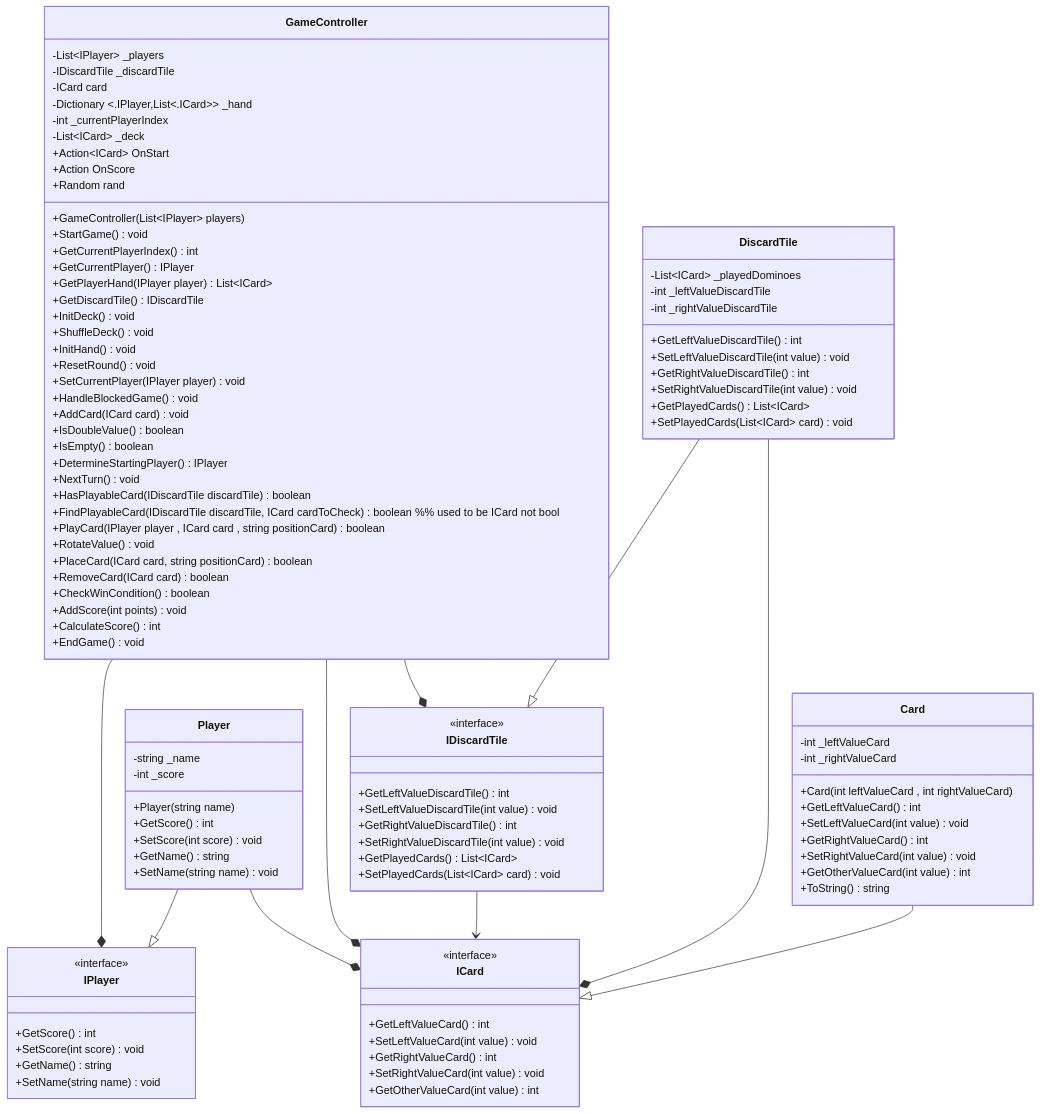
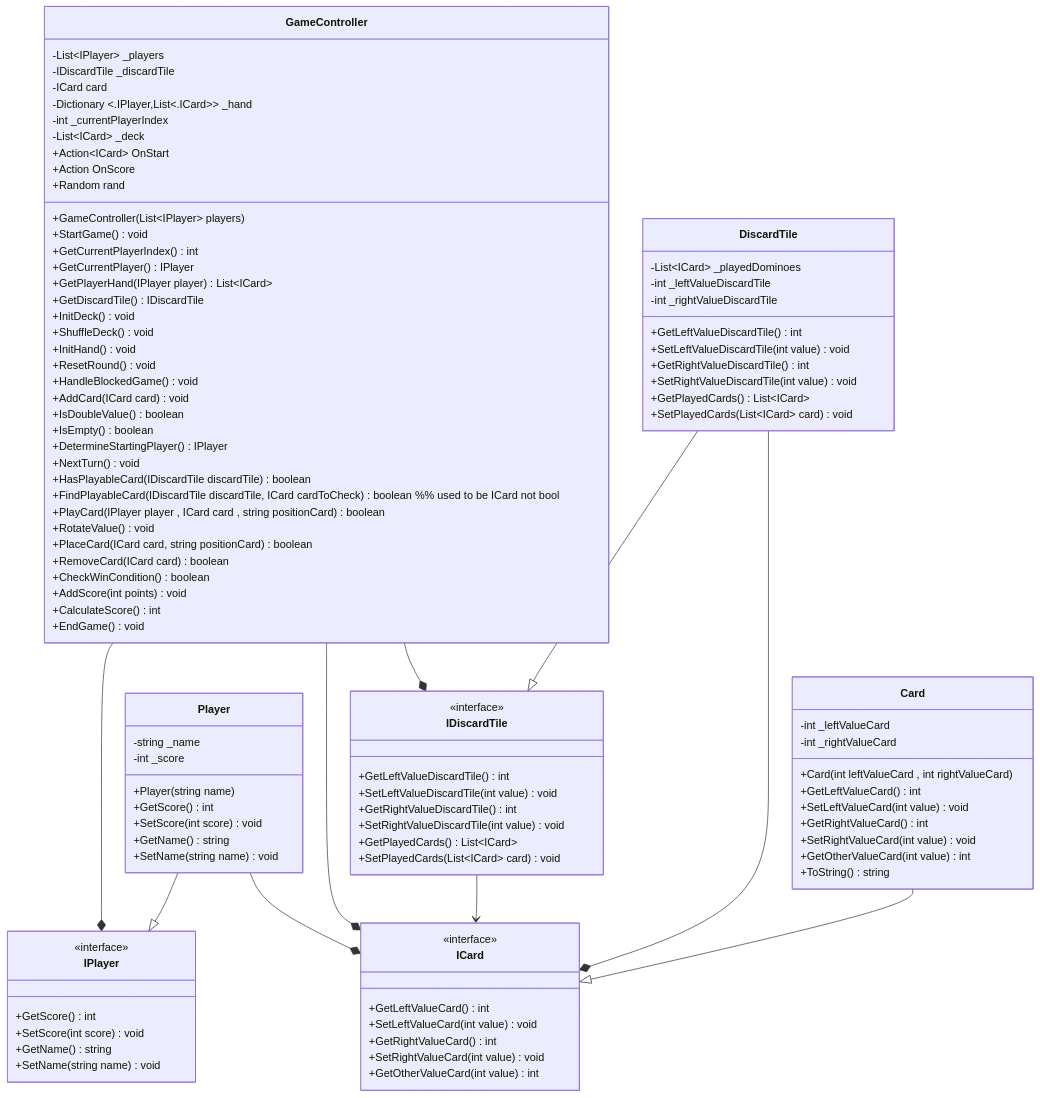
One commit to allanbil214/DominoWPF changed the diagram in DominoWPF/diagram/diagram.mmd. Above: the diagram before and after it, drawn with Mermaid.

Commit message:
removed unused func

```diff
--- a/DominoWPF/diagram/diagram.mmd
+++ b/DominoWPF/diagram/diagram.mmd
@@ -1,107 +1,106 @@
 classDiagram
 class GameController {
     -List~IPlayer~ _players
     -IDiscardTile _discardTile 
     -ICard card
     -Dictionary <.IPlayer,List<.ICard>> _hand
     -int _currentPlayerIndex
     -List~ICard~ _deck
     +Action~ICard~ OnStart
     +Action OnScore
     +Random rand
     +GameController(List~IPlayer~ players)
     +StartGame() void
     %% new func not in class diagram
     +GetCurrentPlayerIndex() int
     +GetCurrentPlayer() IPlayer
     +GetPlayerHand(IPlayer player) List~ICard~
     +GetDiscardTile() IDiscardTile
     +InitDeck() void
     +ShuffleDeck() void
     +InitHand() void
     +ResetRound() void
-    +SetCurrentPlayer(IPlayer player) void
     +HandleBlockedGame() void
     %% end of new func not in class diagram
     +AddCard(ICard card) void
     +IsDoubleValue() boolean
     +IsEmpty() boolean
     +DetermineStartingPlayer() IPlayer
     +NextTurn() void
     +HasPlayableCard(IDiscardTile discardTile) boolean
     +FindPlayableCard(IDiscardTile discardTile, ICard cardToCheck) boolean %% used to be ICard not bool
     +PlayCard(IPlayer player , ICard card , string positionCard) boolean
     +RotateValue() void 
     +PlaceCard(ICard card, string positionCard) boolean  
     +RemoveCard(ICard card) boolean
     +CheckWinCondition() boolean
     +AddScore(int points) void
     +CalculateScore() int
     +EndGame() void
 }
 class Player {
     -string _name
     -int _score
     +Player(string name)
     +GetScore() int
     +SetScore(int score) void
     +GetName() string
     +SetName(string name) void
 }
 class Card {
     -int _leftValueCard
     -int _rightValueCard
     +Card(int leftValueCard , int rightValueCard)
     +GetLeftValueCard() int
     +SetLeftValueCard(int value) void
     +GetRightValueCard() int
     +SetRightValueCard(int value) void
     +GetOtherValueCard(int value) int
     +ToString() string
 }
 class DiscardTile {
     -List~ICard~ _playedDominoes 
     -int _leftValueDiscardTile
     -int _rightValueDiscardTile
     +GetLeftValueDiscardTile() int
     +SetLeftValueDiscardTile(int value) void
     +GetRightValueDiscardTile() int
     +SetRightValueDiscardTile(int value) void
     +GetPlayedCards() List~ICard~
     +SetPlayedCards(List~ICard~ card) void
 }
 class IDiscardTile {
     <<interface>>
     +GetLeftValueDiscardTile() int
     +SetLeftValueDiscardTile(int value) void
     +GetRightValueDiscardTile() int
     +SetRightValueDiscardTile(int value) void
     +GetPlayedCards() List~ICard~
     +SetPlayedCards(List~ICard~ card) void
 }
 class IPlayer {
     <<interface>>
     +GetScore() int
     +SetScore(int score) void
     +GetName() string
     +SetName(string name) void
 }
 class ICard {
     <<interface>>
     +GetLeftValueCard() int
     +SetLeftValueCard(int value) void
     +GetRightValueCard() int
     +SetRightValueCard(int value) void
     +GetOtherValueCard(int value) int
 }
 %%implementasi
 DiscardTile --|> IDiscardTile
 Player --|> IPlayer
 Card --|> ICard
 %%assosiation
 DiscardTile --* ICard
 IDiscardTile --> ICard
 GameController --* IPlayer
 GameController --* IDiscardTile
 GameController --* ICard
 Player --* ICard
```
